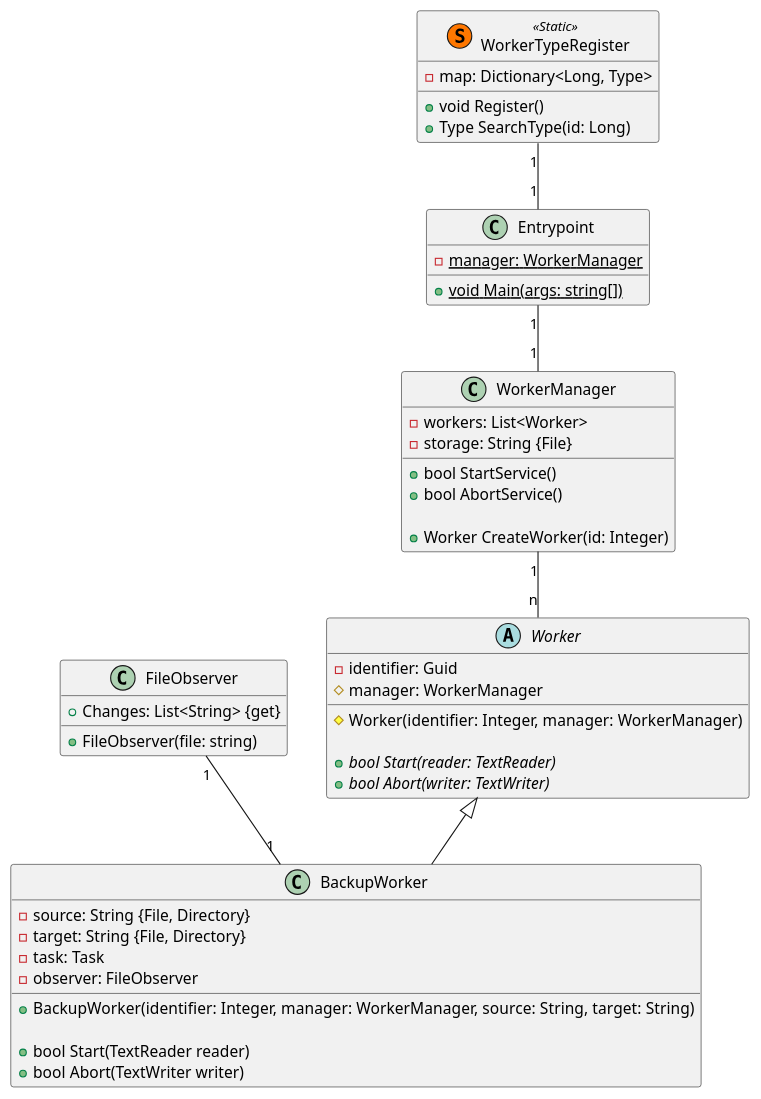
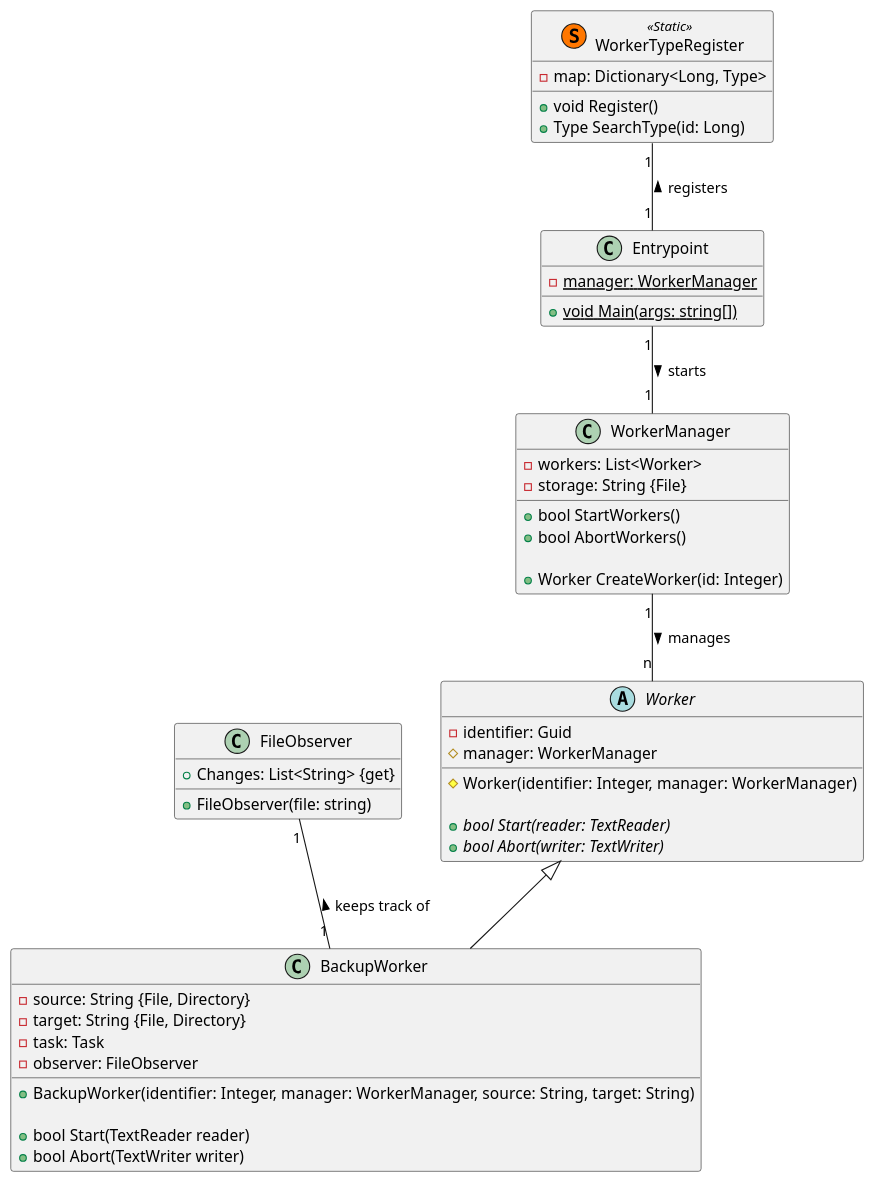
Before and after one commit to Louis9902/Sosse19-SE: the diagram in diagram/ModelClasses.md, drawn with PlantUML.

Commit message:
[Group] changes

```diff
--- a/diagram/ModelClasses.md
+++ b/diagram/ModelClasses.md
@@ -1,59 +1,59 @@
 @startuml
 
  abstract class Worker {
     -identifier: Guid 
     #manager: WorkerManager
     
     #Worker(identifier: Integer, manager: WorkerManager)
 
     {abstract} +bool Start(reader: TextReader)
     {abstract} +bool Abort(writer: TextWriter)
 }
 
 class BackupWorker extends Worker  {
     -source: String {File, Directory}
     -target: String {File, Directory}
     -task: Task
     -observer: FileObserver
 
     +BackupWorker(identifier: Integer, manager: WorkerManager, source: String, target: String)
 
     +bool Start(TextReader reader)
     +bool Abort(TextWriter writer)
 }
  
 class WorkerManager {
     -workers: List<Worker>
     -storage: String {File}
 
-    +bool StartService()
-    +bool AbortService()
+    +bool StartWorkers()
+    +bool AbortWorkers()
 
     +Worker CreateWorker(id: Integer)
 }
 
 class FileObserver {
     +FileObserver(file: string)
 
     +Changes: List<String> {get} 
 }
 
 class Entrypoint {
     -{static} manager: WorkerManager
 
     {static} +void Main(args: string[])
 }
 
 class WorkerTypeRegister<< (S,#FF7700) Static >> {
     -map: Dictionary<Long, Type>
     +void Register()
     +Type SearchType(id: Long)
 }
 
-Entrypoint "1" -- "1" WorkerManager
-WorkerManager "1" -- "n" Worker
-FileObserver "1" -- "1" BackupWorker
+Entrypoint "1" -- "1" WorkerManager : starts >
+WorkerManager "1" -- "n" Worker : manages >
+FileObserver "1" -- "1" BackupWorker : keeps track of <
 
-WorkerTypeRegister "1" -- "1" Entrypoint
+WorkerTypeRegister "1" -- "1" Entrypoint : registers <
 
 @enduml
```
